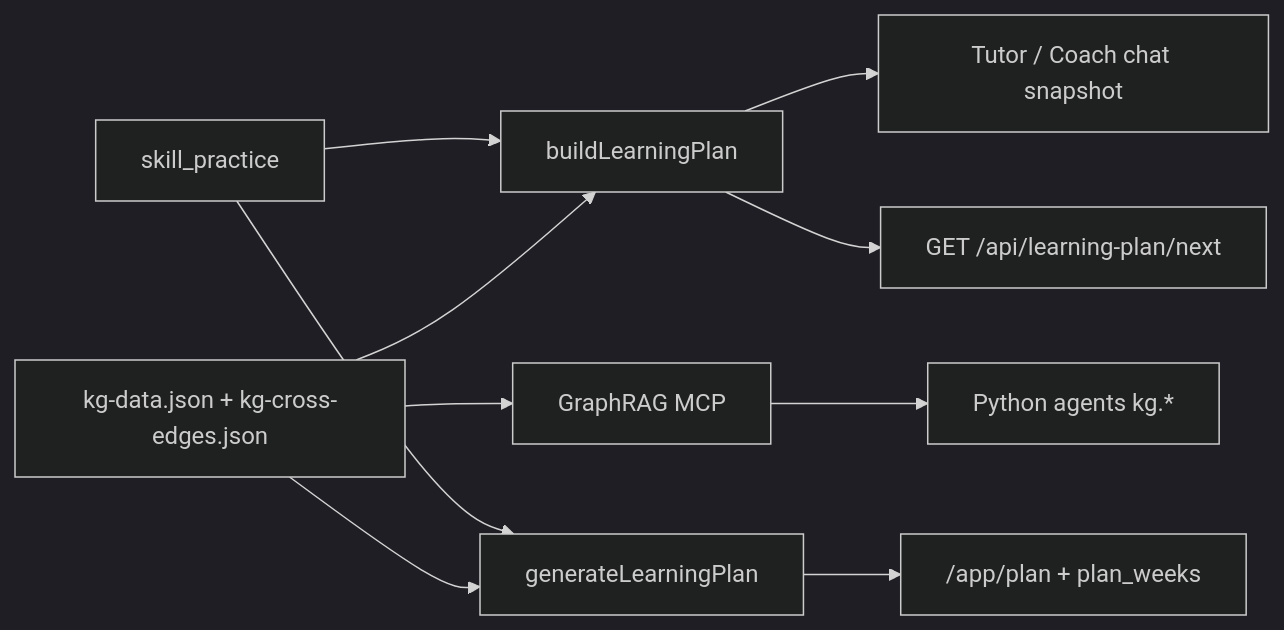
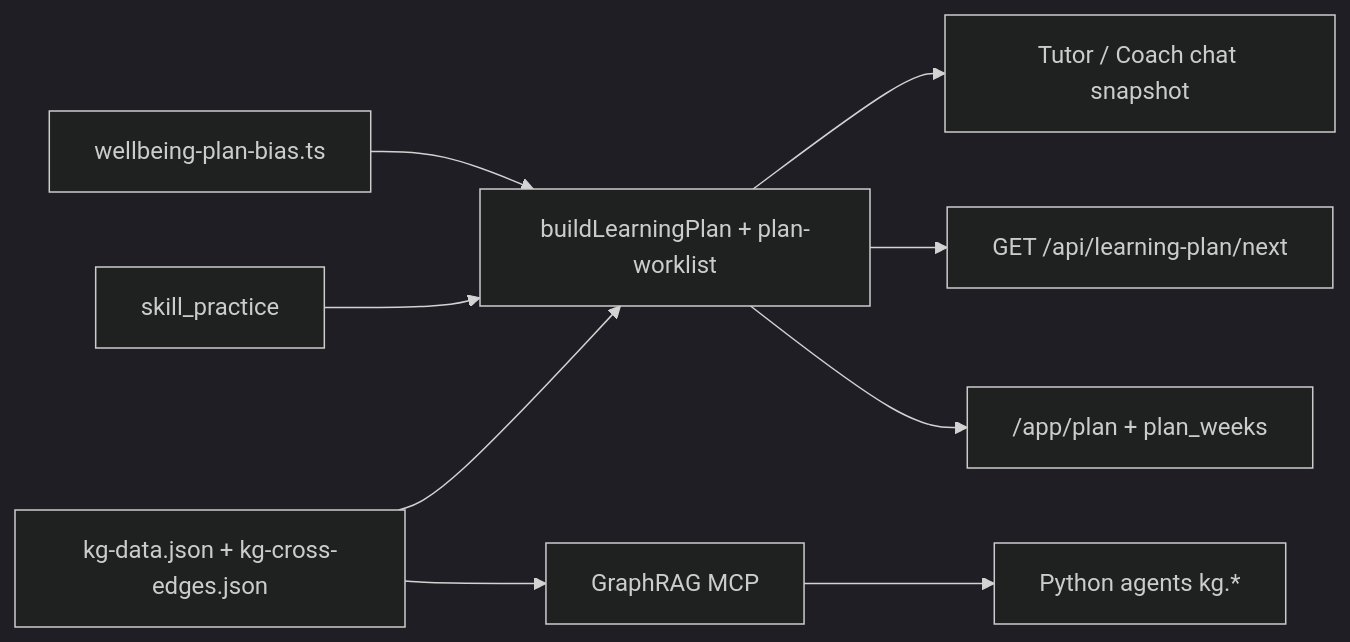
Before and after one commit to RoeeHadar/A-Step-Forward: the diagram in obsidian-vault/curriculum/learning-path-architecture.md, drawn with Mermaid (dark theme). The commit also changed other lines of this file and 8 other files, not shown here.

````diff
--- a/obsidian-vault/curriculum/learning-path-architecture.md
+++ b/obsidian-vault/curriculum/learning-path-architecture.md
@@ -88,14 +88,14 @@
 ```mermaid
 flowchart LR
   KG[kg-data.json + kg-cross-edges.json]
   SP[skill_practice]
-  KG --> A[buildLearningPlan]
-  SP --> A
-  KG --> B[generateLearningPlan]
-  SP --> B
+  WB[wellbeing-plan-bias.ts]
+  KG --> Engine[buildLearningPlan + plan-worklist]
+  SP --> Engine
+  WB --> Engine
+  Engine --> Chat[Tutor / Coach chat snapshot]
+  Engine --> API["GET /api/learning-plan/next"]
+  Engine --> Plan["/app/plan + plan_weeks"]
   KG --> C[GraphRAG MCP]
-  A --> Chat[Tutor / Coach chat snapshot]
-  A --> API["GET /api/learning-plan/next"]
-  B --> Plan["/app/plan + plan_weeks"]
   C --> PyAgents[Python agents kg.*]
 ```
````
